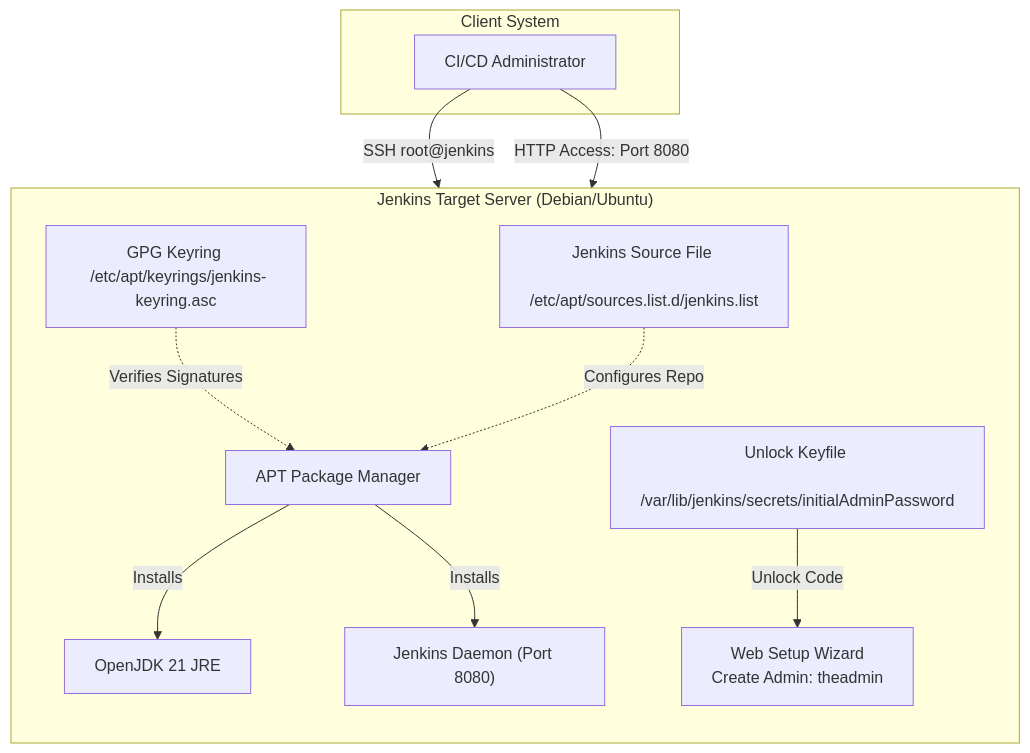
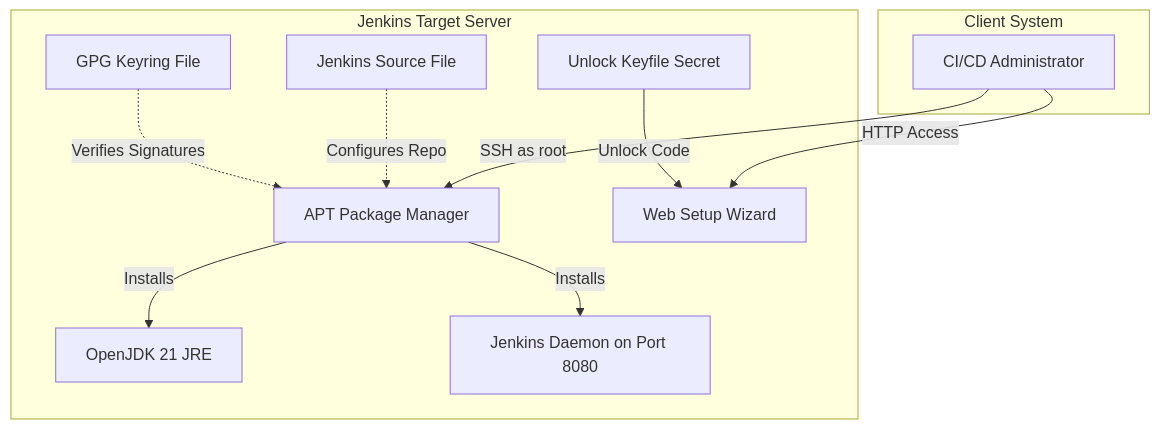
One commit to VarunRaje/dev-ops-challenges changed the diagram in challenges/68-set-up-jenkins-server.md. Above: the diagram before and after it, drawn with Mermaid.

Commit message:
docs: simplify challenge 68 mermaid layout to ensure compatibility

````diff
--- a/challenges/68-set-up-jenkins-server.md
+++ b/challenges/68-set-up-jenkins-server.md
@@ -13,20 +13,25 @@
 ```mermaid
 graph TD
     subgraph ClientSystem ["Client System"]
         User["CI/CD Administrator"]
     end
 
-    subgraph TargetServer ["Jenkins Target Server (Debian/Ubuntu)"]
-        direction TB
-        APT["APT Package Manager"] -->|Installs| Java["OpenJDK 21 JRE"]
-        APT -->|Installs| JenkinsService["Jenkins Daemon (Port 8080)"]
-        
-        JenkinsKeyring["GPG Keyring <br> /etc/apt/keyrings/jenkins-keyring.asc"] -.->|Verifies Signatures| APT
-        JenkinsSource["Jenkins Source File <br> /etc/apt/sources.list.d/jenkins.list"] -.->|Configures Repo| APT
-        
-        SecretPath["Unlock Keyfile <br> /var/lib/jenkins/secrets/initialAdminPassword"] -->|Unlock Code| SetupWizard["Web Setup Wizard <br> Create Admin: theadmin"]
+    subgraph TargetServer ["Jenkins Target Server"]
+        APT["APT Package Manager"]
+        Java["OpenJDK 21 JRE"]
+        JenkinsService["Jenkins Daemon on Port 8080"]
+        JenkinsKeyring["GPG Keyring File"]
+        JenkinsSource["Jenkins Source File"]
+        SecretPath["Unlock Keyfile Secret"]
+        SetupWizard["Web Setup Wizard"]
     end
 
-    User -->|SSH root@jenkins| APT
-    User -->|HTTP Access: Port 8080| SetupWizard
+    APT -->|Installs| Java
+    APT -->|Installs| JenkinsService
+    JenkinsKeyring -.->|Verifies Signatures| APT
+    JenkinsSource -.->|Configures Repo| APT
+    SecretPath -->|Unlock Code| SetupWizard
+
+    User -->|SSH as root| APT
+    User -->|HTTP Access| SetupWizard
 ```
````
